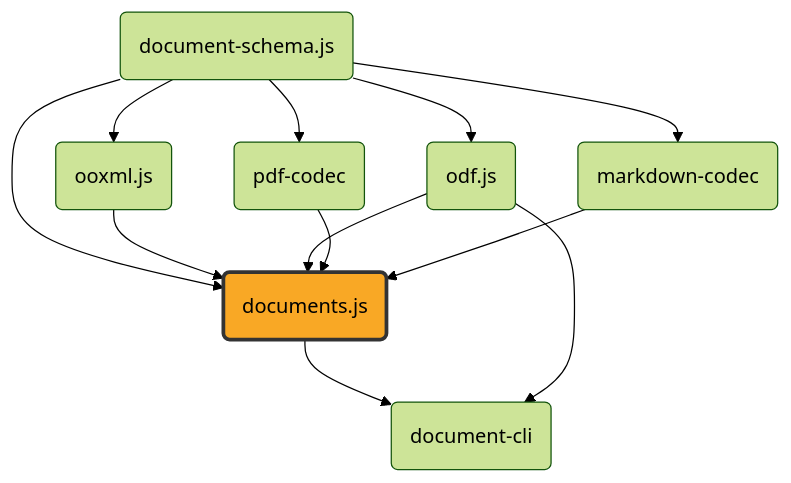
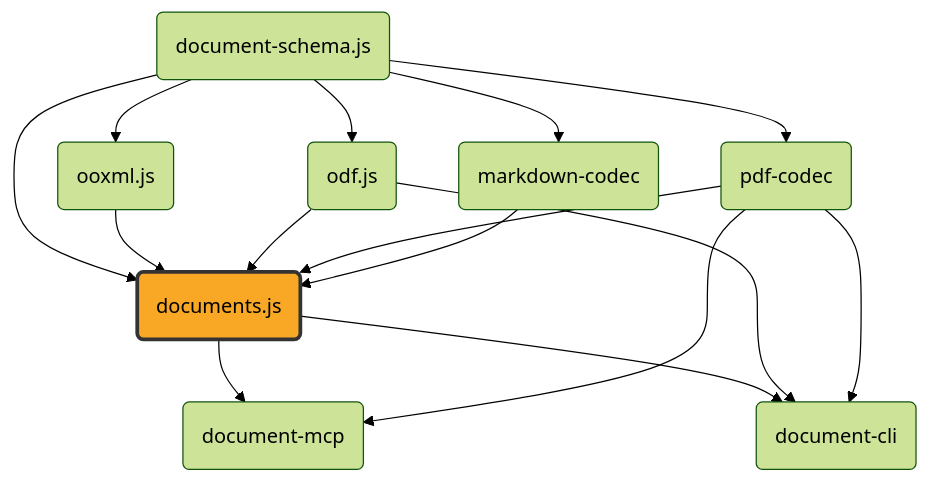
Before and after one commit to ExaDev/documents.js: the diagram in README.md, drawn with Mermaid (forest theme).

Commit message:
docs: add document-mcp to family diagram

````diff
--- a/README.md
+++ b/README.md
@@ -9,32 +9,37 @@
 ```mermaid
 graph TD
     schema("document-schema.js")
     ooxml("ooxml.js")
     odf("odf.js")
     pdfcodec("pdf-codec")
     mdcodec("markdown-codec")
     documents("documents.js")
+    mcp("document-mcp")
     cli("document-cli")
 
     schema --> ooxml
     schema --> odf
     schema --> pdfcodec
     schema --> mdcodec
     schema --> documents
     ooxml --> documents
     odf --> documents
     pdfcodec --> documents
     mdcodec --> documents
+    documents --> mcp
+    pdfcodec --> mcp
     documents --> cli
     odf --> cli
+    pdfcodec --> cli
 
     click schema "https://github.com/ExaDev/document-schema.js" "document-schema.js"
     click ooxml "https://github.com/ExaDev/ooxml.js" "ooxml.js"
     click odf "https://github.com/ExaDev/odf.js" "odf.js"
     click pdfcodec "https://github.com/ExaDev/pdf-codec" "pdf-codec"
     click mdcodec "https://github.com/ExaDev/markdown-codec" "markdown-codec"
     click documents "https://github.com/ExaDev/documents.js" "documents.js"
+    click mcp "https://github.com/ExaDev/document-mcp" "document-mcp"
     click cli "https://github.com/ExaDev/document-cli" "document-cli"
 
     style documents fill:#f9a825,stroke:#333,stroke-width:3px
 ```
````
